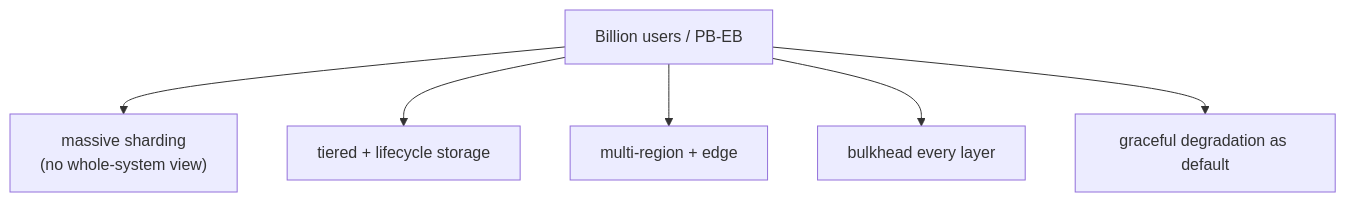
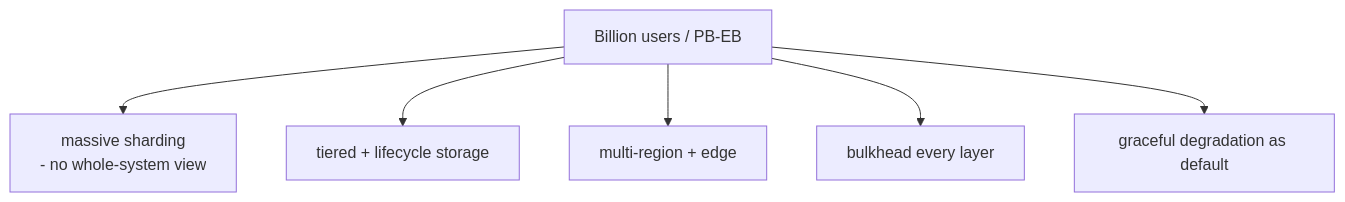
Before and after one commit to RIT-MESH/system-design-mastery: the diagram in docs/10-extreme-scale/03-billion-user-pb-eb.md, drawn with Mermaid. The commit also changed 139 other files, not shown here.

First line of the commit message:
Fix Mermaid parse errors: replace parentheses in node labels across 140 files

````diff
--- a/docs/10-extreme-scale/03-billion-user-pb-eb.md
+++ b/docs/10-extreme-scale/03-billion-user-pb-eb.md
@@ -27,10 +27,10 @@
 ```mermaid
 %% created-for: system-design-mastery
 flowchart TB
   Billion["Billion users / PB-EB"]
-  Billion --> Shards["massive sharding<br/>(no whole-system view)"]
+  Billion --> Shards["massive sharding<br/> - no whole-system view"]
   Billion --> Tier["tiered + lifecycle storage"]
   Billion --> Multi["multi-region + edge"]
   Billion --> Bulk["bulkhead every layer"]
   Billion --> Degrade["graceful degradation as default"]
 ```
````
